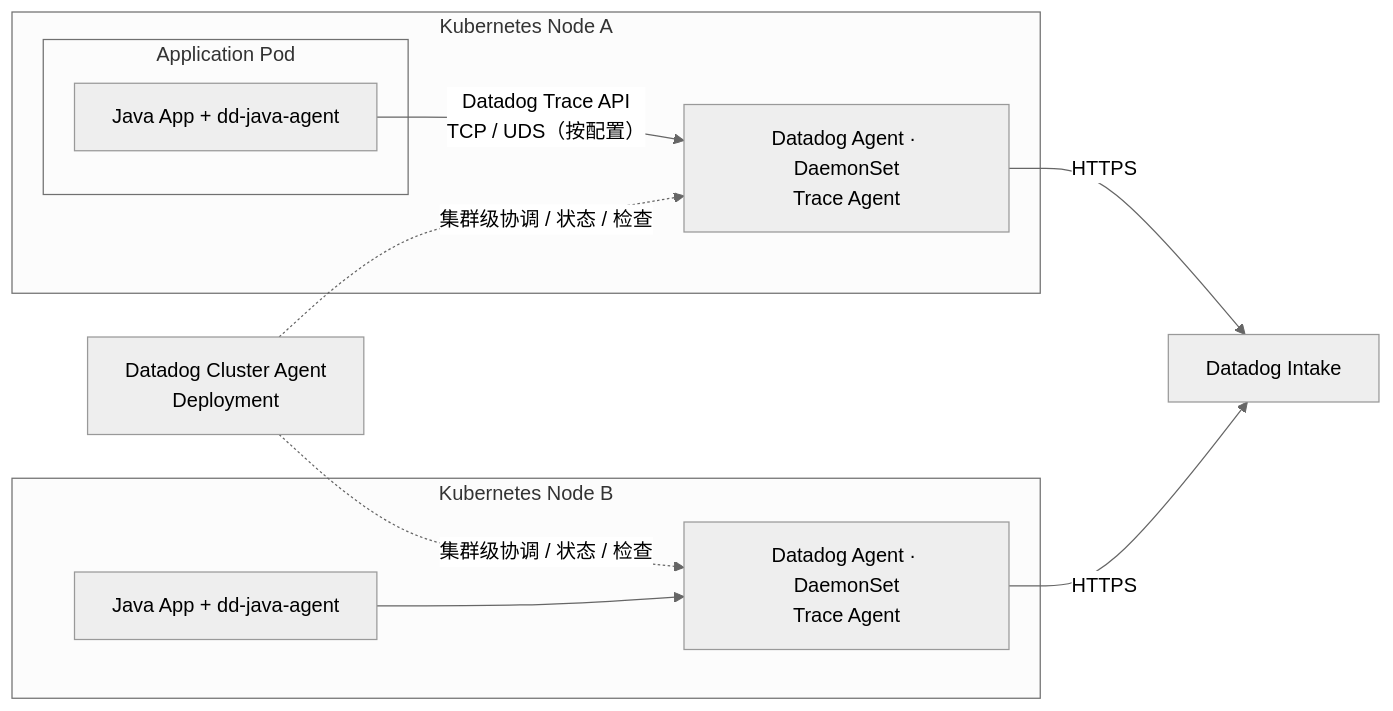
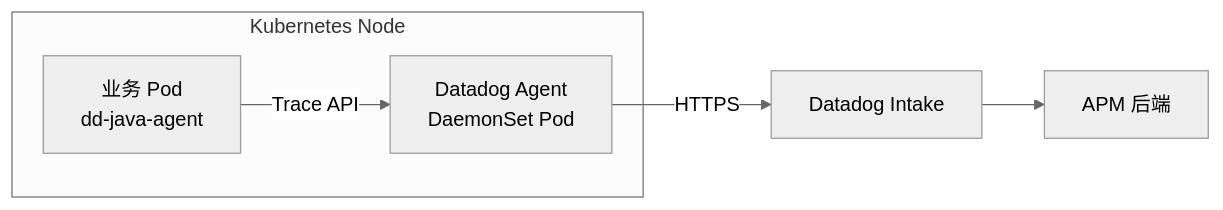
The first of 6 diagrams in docs/comparisons/datadog-agent-vs-otel-collector-daemonset.md (XiaoWeiKIN/Observability-Fieldnotes), drawn with Mermaid (neutral theme) before and after one commit. The commit also changed other lines of this file, not shown here.

Commit message:
docs(comparisons): rewrite Datadog and OTel Collector deployment comparison for readers

````diff
--- a/docs/comparisons/datadog-agent-vs-otel-collector-daemonset.md
+++ b/docs/comparisons/datadog-agent-vs-otel-collector-daemonset.md
@@ -23,20 +20,8 @@
-```mermaid
+~~~mermaid
 flowchart LR
-    subgraph N1["Kubernetes Node A"]
-        subgraph P1["Application Pod"]
-            J1["Java App + dd-java-agent"]
-        end
-        DA1["Datadog Agent · DaemonSet<br/>Trace Agent"]
-        J1 -->|"Datadog Trace API<br/>TCP / UDS（按配置）"| DA1
+    subgraph N["Kubernetes Node"]
+        J["业务 Pod<br/>dd-java-agent"] -->|"Trace API"| A["Datadog Agent<br/>DaemonSet Pod"]
     end
-    subgraph N2["Kubernetes Node B"]
-        J2["Java App + dd-java-agent"]
-        DA2["Datadog Agent · DaemonSet<br/>Trace Agent"]
-        J2 --> DA2
-    end
-    CA["Datadog Cluster Agent<br/>Deployment"]
-    DA1 -->|"HTTPS"| B["Datadog Intake"]
-    DA2 -->|"HTTPS"| B
-    CA -. "集群级协调 / 状态 / 检查" .-> DA1
-    CA -. "集群级协调 / 状态 / 检查" .-> DA2
-```
+    A -->|"HTTPS"| D["Datadog Intake"]
+    D --> B["APM 后端"]
+~~~
````
